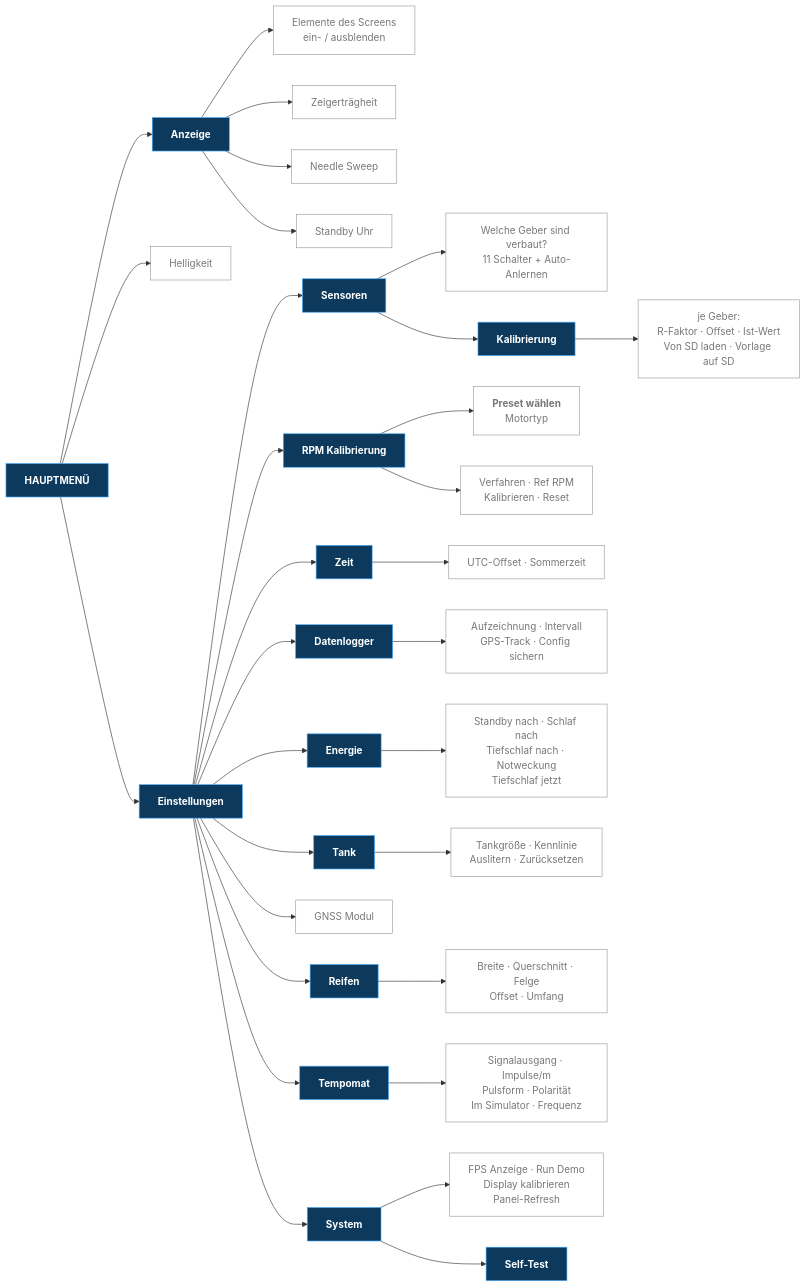
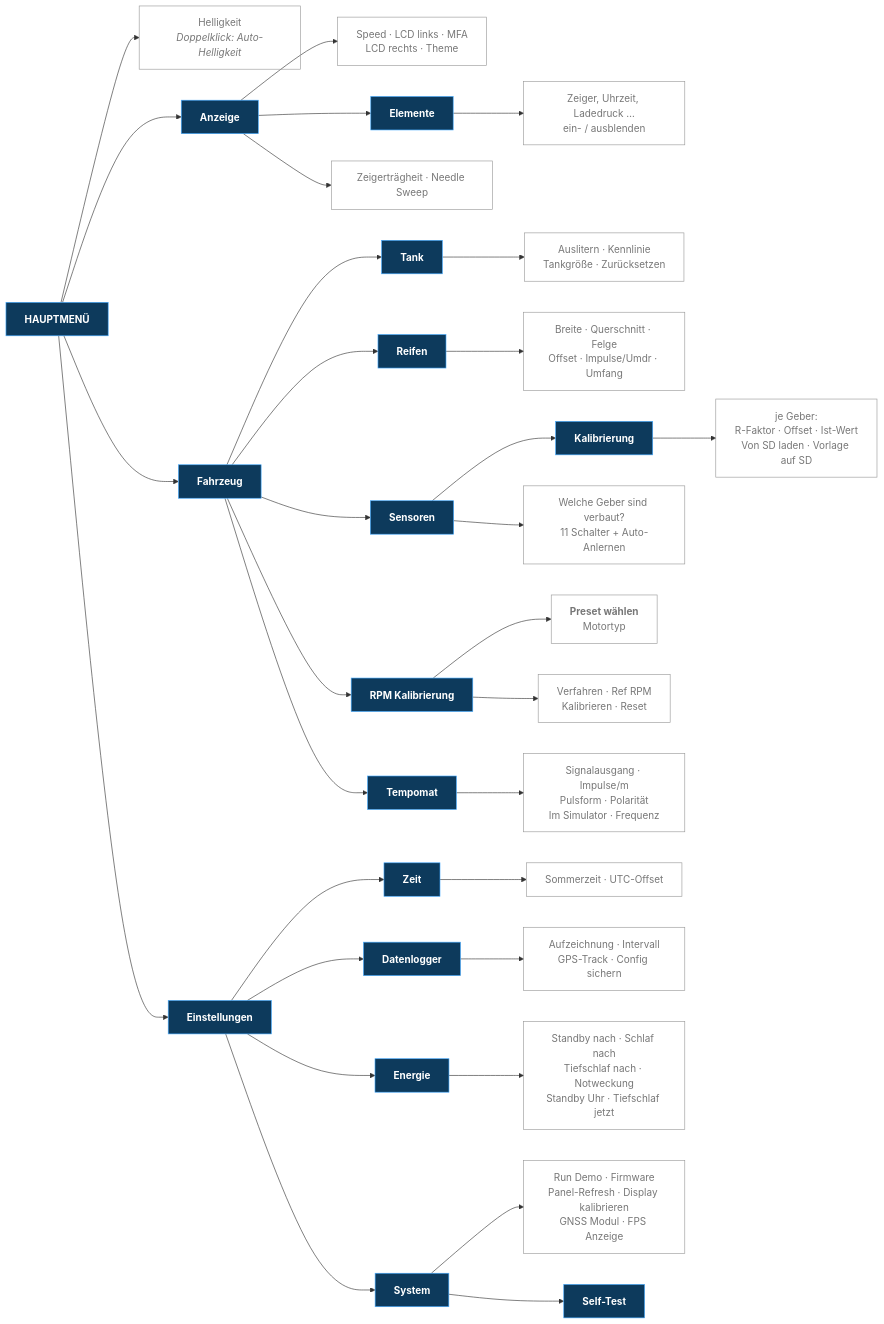
The diagram in MENU.md (HaenZ33/vedo-klartext), drawn with Mermaid before and after one commit. The commit also changed other lines of this file and 5 other files, not shown here.

````diff
--- a/MENU.md
+++ b/MENU.md
@@ -30,46 +53,45 @@
 ```mermaid
 flowchart LR
     MAIN["<b>HAUPTMENÜ</b>"]
 
+    MAIN --> HEL["Helligkeit<br/><i>Doppelklick: Auto-Helligkeit</i>"]
     MAIN --> ANZ["<b>Anzeige</b>"]
-    MAIN --> HEL["Helligkeit"]
+    MAIN --> FZG["<b>Fahrzeug</b>"]
     MAIN --> SET["<b>Einstellungen</b>"]
 
-    ANZ --> A1["Elemente des Screens<br/>ein- / ausblenden"]
-    ANZ --> A2["Zeigerträgheit"]
-    ANZ --> A3["Needle Sweep"]
-    ANZ --> A4["Standby Uhr"]
+    ANZ --> A1["Speed · LCD links · MFA<br/>LCD rechts · Theme"]
+    ANZ --> ELE["<b>Elemente</b>"]
+    ANZ --> A2["Zeigerträgheit · Needle Sweep"]
+    ELE --> E0["Zeiger, Uhrzeit, Ladedruck …<br/>ein- / ausblenden"]
 
-    SET --> SEN["<b>Sensoren</b>"]
-    SET --> RPM["<b>RPM Kalibrierung</b>"]
+    FZG --> TAN["<b>Tank</b>"]
+    FZG --> REI["<b>Reifen</b>"]
+    FZG --> SEN["<b>Sensoren</b>"]
+    FZG --> RPM["<b>RPM Kalibrierung</b>"]
+    FZG --> TMP["<b>Tempomat</b>"]
+
     SET --> ZEI["<b>Zeit</b>"]
     SET --> LOG["<b>Datenlogger</b>"]
     SET --> ENE["<b>Energie</b>"]
     SET --> SYS["<b>System</b>"]
-    SET --> GNS["GNSS Modul"]
-    SET --> TAN["<b>Tank</b>"]
-    SET --> REI["<b>Reifen</b>"]
-    SET --> TMP["<b>Tempomat</b>"]
 
+    TAN --> T1["Auslitern · Kennlinie<br/>Tankgröße · Zurücksetzen"]
+    REI --> RE1["Breite · Querschnitt · Felge<br/>Offset · Impulse/Umdr · Umfang"]
+    SEN --> KAL["<b>Kalibrierung</b>"]
     SEN --> S1["Welche Geber sind verbaut?<br/>11 Schalter + Auto-Anlernen"]
-    SEN --> KAL["<b>Kalibrierung</b>"]
     KAL --> K1["je Geber:<br/>R-Faktor · Offset · Ist-Wert<br/>Von SD laden · Vorlage auf SD"]
-
     RPM --> R1["<b>Preset wählen</b><br/>Motortyp"]
     RPM --> R2["Verfahren · Ref RPM<br/>Kalibrieren · Reset"]
-
-    ZEI --> Z1["UTC-Offset · Sommerzeit"]
-    LOG --> L1["Aufzeichnung · Intervall<br/>GPS-Track · Config sichern"]
-    ENE --> E1["Standby nach · Schlaf nach<br/>Tiefschlaf nach · Notweckung<br/>Tiefschlaf jetzt"]
-    TAN --> T1["Tankgröße · Kennlinie<br/>Auslitern · Zurücksetzen"]
-    REI --> RE1["Breite · Querschnitt · Felge<br/>Offset · Umfang"]
     TMP --> TM1["Signalausgang · Impulse/m<br/>Pulsform · Polarität<br/>Im Simulator · Frequenz"]
 
-    SYS --> Y1["FPS Anzeige · Run Demo<br/>Display kalibrieren<br/>Panel-Refresh"]
+    ZEI --> Z1["Sommerzeit · UTC-Offset"]
+    LOG --> L1["Aufzeichnung · Intervall<br/>GPS-Track · Config sichern"]
+    ENE --> E1["Standby nach · Schlaf nach<br/>Tiefschlaf nach · Notweckung<br/>Standby Uhr · Tiefschlaf jetzt"]
+    SYS --> Y1["Run Demo · Firmware<br/>Panel-Refresh · Display kalibrieren<br/>GNSS Modul · FPS Anzeige"]
     SYS --> STE["<b>Self-Test</b>"]
 
     classDef menu fill:#0d3a5c,stroke:#44AAFF,color:#ffffff
     classDef leaf fill:#00000000,stroke:#999999,color:#777777
-    class MAIN,ANZ,SET,SEN,RPM,ZEI,LOG,ENE,SYS,STE,KAL,TAN,REI,TMP menu
-    class HEL,A1,A2,A3,A4,S1,K1,R1,R2,Z1,L1,E1,T1,RE1,TM1,Y1,GNS leaf
+    class MAIN,ANZ,ELE,FZG,SET,TAN,REI,SEN,KAL,RPM,TMP,ZEI,LOG,ENE,SYS,STE menu
+    class HEL,A1,A2,E0,T1,RE1,S1,K1,R1,R2,TM1,Z1,L1,E1,Y1 leaf
 ```
````
